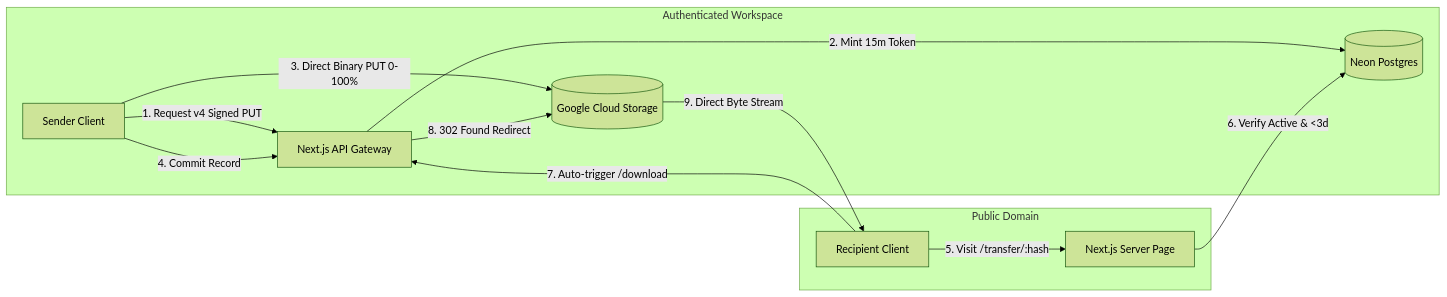
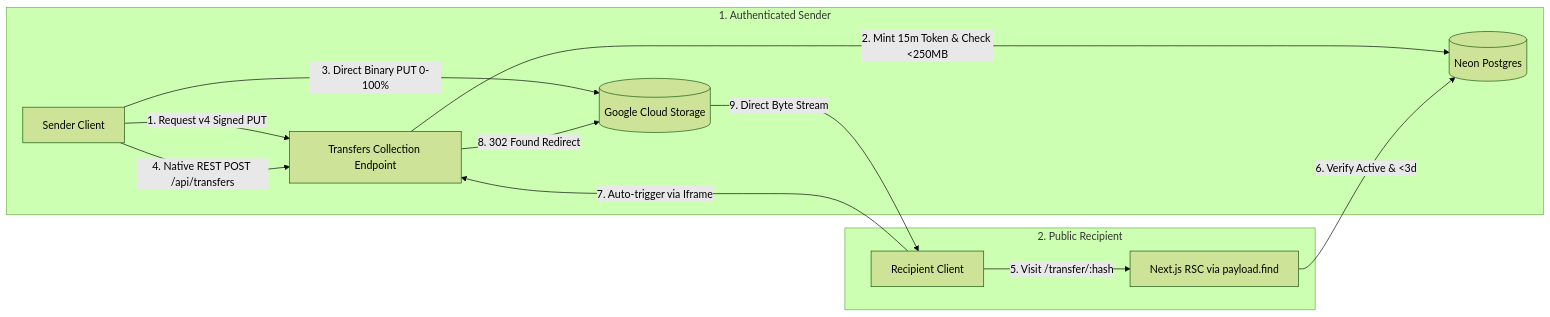
The diagram in docs/features/FRH-67-link-transfer-generation.md (Framehouseworks/framehouse-hub), drawn with Mermaid (forest theme) before and after one commit. The commit also changed other lines of this file, not shown here.

````diff
--- a/docs/features/FRH-67-link-transfer-generation.md
+++ b/docs/features/FRH-67-link-transfer-generation.md
@@ -481,17 +597,17 @@
 ```mermaid
 graph LR
-    subgraph SenderDomain ["Authenticated Workspace"]
-        A[Sender Client] -->|1. Request v4 Signed PUT| B[Next.js API Gateway]
-        B -->|2. Mint 15m Token| C[(Neon Postgres)]
+    subgraph SenderDomain ["1. Authenticated Sender"]
+        A[Sender Client] -->|1. Request v4 Signed PUT| B[Transfers Collection Endpoint]
+        B -->|2. Mint 15m Token & Check <250MB| C[(Neon Postgres)]
         A -->|3. Direct Binary PUT 0-100%| D[(Google Cloud Storage)]
-        A -->|4. Commit Record| B
+        A -->|4. Native REST POST /api/transfers| B
     end
 
-    subgraph RecipientDomain ["Public Domain"]
-        E[Recipient Client] -->|5. Visit /transfer/:hash| F[Next.js Server Page]
+    subgraph RecipientDomain ["2. Public Recipient"]
+        E[Recipient Client] -->|5. Visit /transfer/:hash| F[Next.js RSC via payload.find]
         F -->|6. Verify Active & <3d| C
-        E -->|7. Auto-trigger /download| B
+        E -->|7. Auto-trigger via Iframe| B
         B -->|8. 302 Found Redirect| D
         D -->|9. Direct Byte Stream| E
     end
 ```
````
